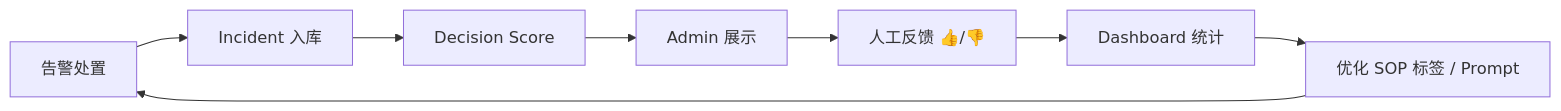
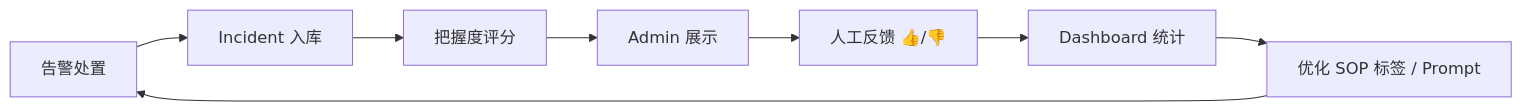
One commit to lurui1997/coagent changed the second of 2 diagrams in docs/superpowers/specs/archive/2026-06-27-coagent-design-v2.md. Above: the diagram before and after it, drawn with Mermaid. The commit also changed other lines of this file and 5 other files, not shown here.

````diff
--- a/docs/superpowers/specs/archive/2026-06-27-coagent-design-v2.md
+++ b/docs/superpowers/specs/archive/2026-06-27-coagent-design-v2.md
@@ -593,10 +593,10 @@
 ```mermaid
 flowchart LR
     A[告警处置] --> B[Incident 入库]
-    B --> C[Decision Score]
+    B --> C[把握度评分]
     C --> D[Admin 展示]
     D --> E[人工反馈 👍/👎]
     E --> F[Dashboard 统计]
     F --> G[优化 SOP 标签 / Prompt]
     G --> A
 ```
````
